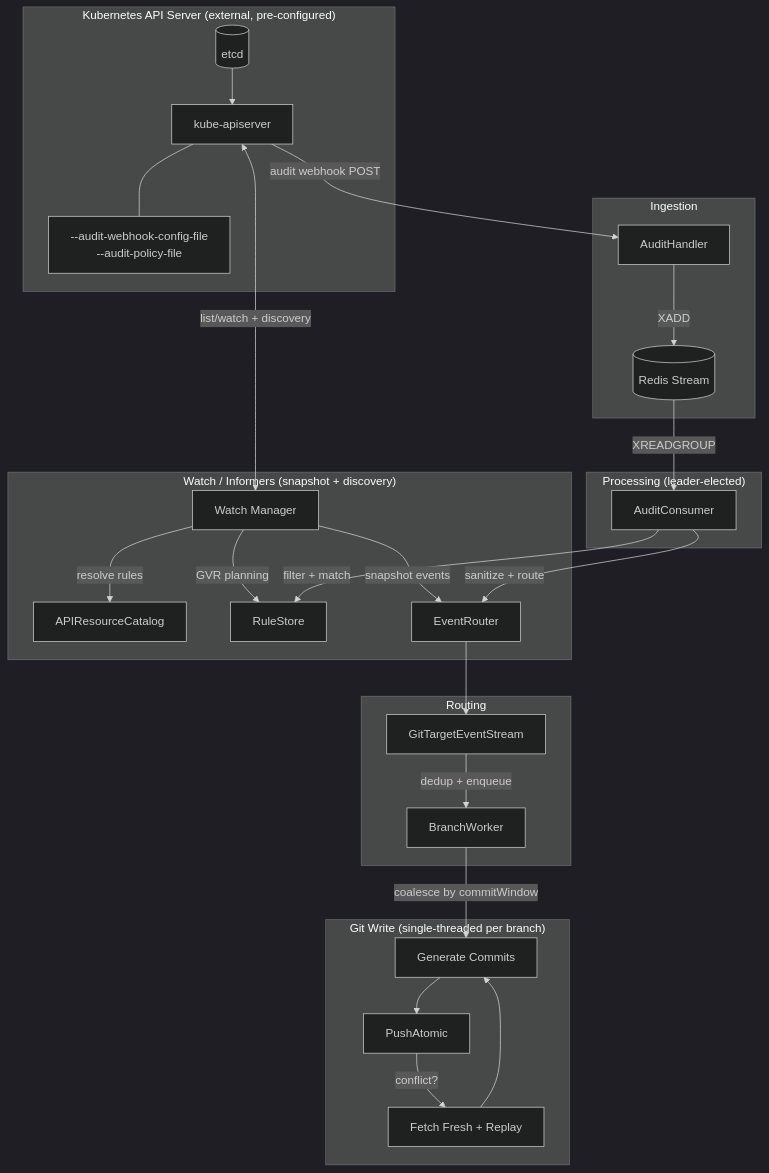
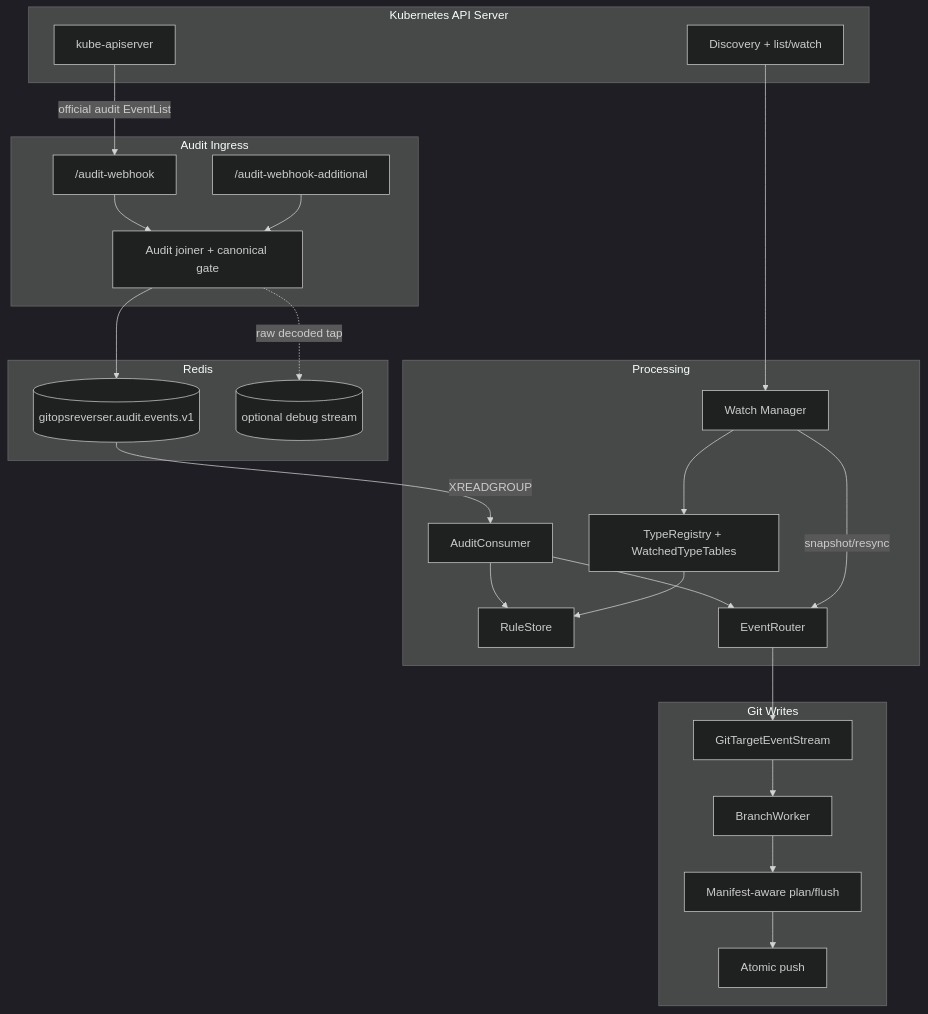
One commit to ConfigButler/gitops-reverser changed the second of 3 diagrams in docs/architecture.md. Above: the diagram before and after it, drawn with Mermaid (dark theme). The commit also changed other lines of this file and 2 other files, not shown here.

Commit message:
chore: re-enable serial and updating architecture

````diff
--- a/docs/architecture.md
+++ b/docs/architecture.md
@@ -188,40 +207,51 @@
 ```mermaid
 flowchart TD
-    subgraph "Kubernetes API Server (external, pre-configured)"
-        ETCD[(etcd)] --> KAS[kube-apiserver]
-        KAS --- AUDIT_CFG["--audit-webhook-config-file\n--audit-policy-file"]
+    subgraph "Kubernetes API Server"
+        KAS[kube-apiserver]
+        DISC[Discovery + list/watch]
     end
 
-    subgraph "Watch / Informers (snapshot + discovery)"
-        WM[Watch Manager]
-        CAT[APIResourceCatalog]
-        WM -->|resolve rules| CAT
-        WM -->|GVR planning| RULE
-        WM -->|snapshot events| ER
+    subgraph "Audit Ingress"
+        OFF["/audit-webhook"]
+        ADD["/audit-webhook-additional"]
+        JOIN[Audit joiner + canonical gate]
+        OFF --> JOIN
+        ADD --> JOIN
     end
 
-    KAS -->|audit webhook POST| AH
-    KAS <-->|list/watch + discovery| WM
-
-    subgraph Ingestion
-        AH[AuditHandler] -->|XADD| RS[(Redis Stream)]
+    subgraph Redis
+        STREAM[(gitopsreverser.audit.events.v1)]
+        DEBUG[(optional debug stream)]
     end
 
-    subgraph Processing ["Processing (leader-elected)"]
-        RS -->|XREADGROUP| AC[AuditConsumer]
-        AC -->|filter + match| RULE[RuleStore]
-        AC -->|sanitize + route| ER[EventRouter]
+    subgraph "Processing"
+        CONS[AuditConsumer]
+        RULES[RuleStore]
+        ROUTER[EventRouter]
+        WATCH[Watch Manager]
+        TYPES[TypeRegistry + WatchedTypeTables]
     end
 
-    subgraph Routing
-        ER --> GTES[GitTargetEventStream]
-        GTES -->|dedup + enqueue| BW[BranchWorker]
+    subgraph "Git Writes"
+        GTES[GitTargetEventStream]
+        BW[BranchWorker]
+        PLAN[Manifest-aware plan/flush]
+        PUSH[Atomic push]
     end
 
-    subgraph "Git Write (single-threaded per branch)"
-        BW -->|coalesce by commitWindow| COMMIT[Generate Commits]
-        COMMIT --> PUSH[PushAtomic]
-        PUSH -->|conflict?| RETRY[Fetch Fresh + Replay]
-        RETRY --> COMMIT
-    end
+    KAS -->|official audit EventList| OFF
+    JOIN --> STREAM
+    JOIN -. raw decoded tap .-> DEBUG
+    STREAM -->|XREADGROUP| CONS
+    CONS --> RULES
+    CONS --> ROUTER
+    ROUTER --> GTES
+    GTES --> BW
+    BW --> PLAN
+    PLAN --> PUSH
+
+    DISC --> WATCH
+    WATCH --> TYPES
+    TYPES --> RULES
+    WATCH -->|snapshot/resync| ROUTER
 ```
````
